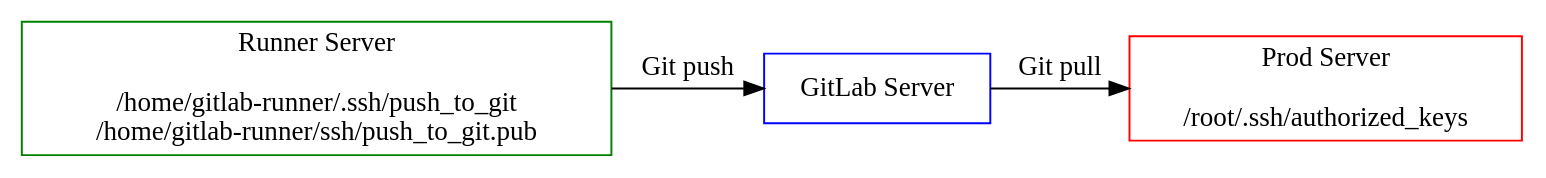
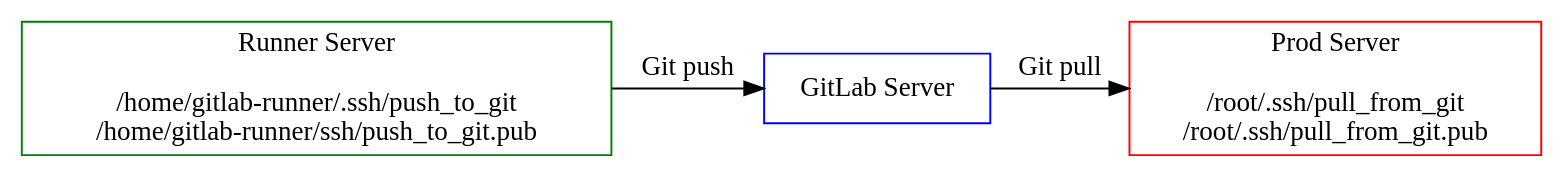
One commit to atsaloli/cicd changed the diagram in img/deploy-git.dot. Above: the diagram before and after it, drawn with Graphviz. The commit also changed 1 other file, not shown here.

```diff
--- a/img/deploy-git.dot
+++ b/img/deploy-git.dot
@@ -1,12 +1,12 @@
 digraph G {
   node [ shape = box ];
 
   gitlab_runner [ label = "Runner Server\n\n/home/gitlab-runner/.ssh/push_to_git\n/home/gitlab-runner/ssh/push_to_git.pub"  color = green  style = filled fillcolor = white ]
 
   git [ label = "GitLab Server"  color = blue  style = filled fillcolor = white ]
-  prod [ label = "Prod Server\n\n/root/.ssh/authorized_keys\n"  color = red  style = filled fillcolor = white ]
+  prod [ label = "Prod Server\n\n/root/.ssh/pull_from_git\n/root/.ssh/pull_from_git.pub"  color = red  style = filled fillcolor = white ]
 
 
   gitlab_runner -> git [constraint=false label = "Git push" ];
   git -> prod [constraint=false label = "Git pull" ];
 }
```
